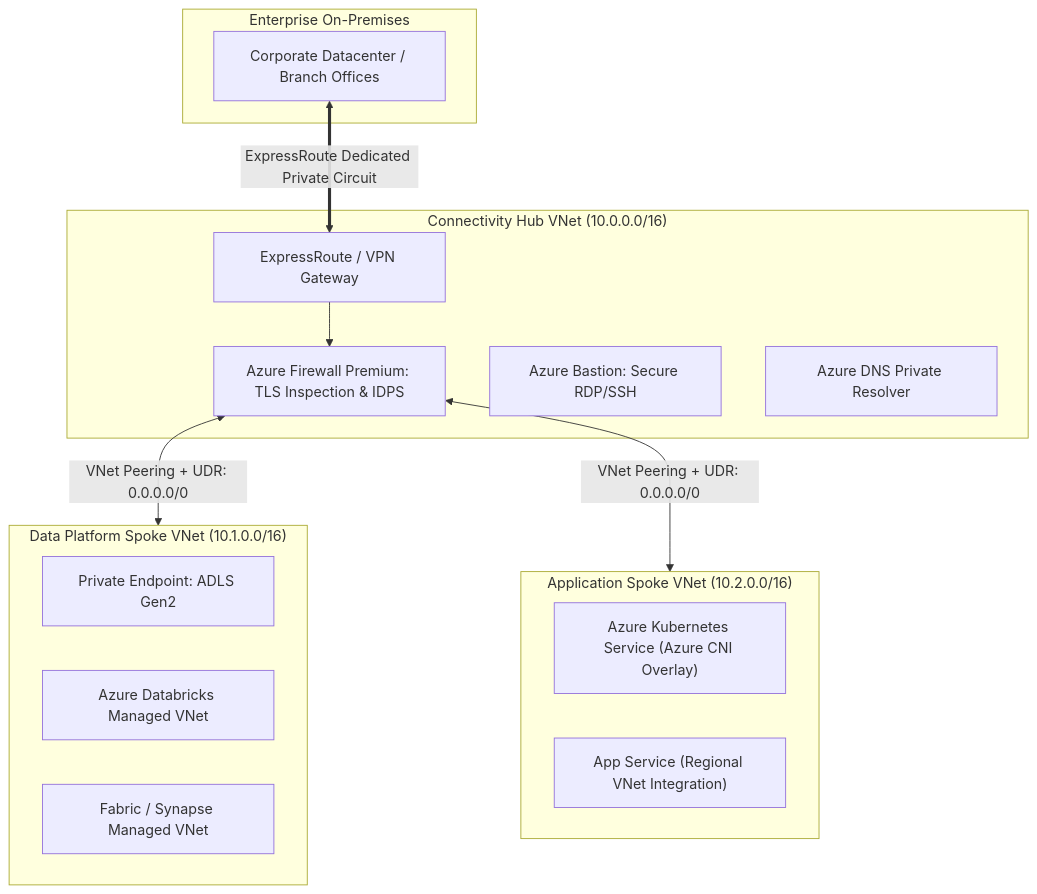
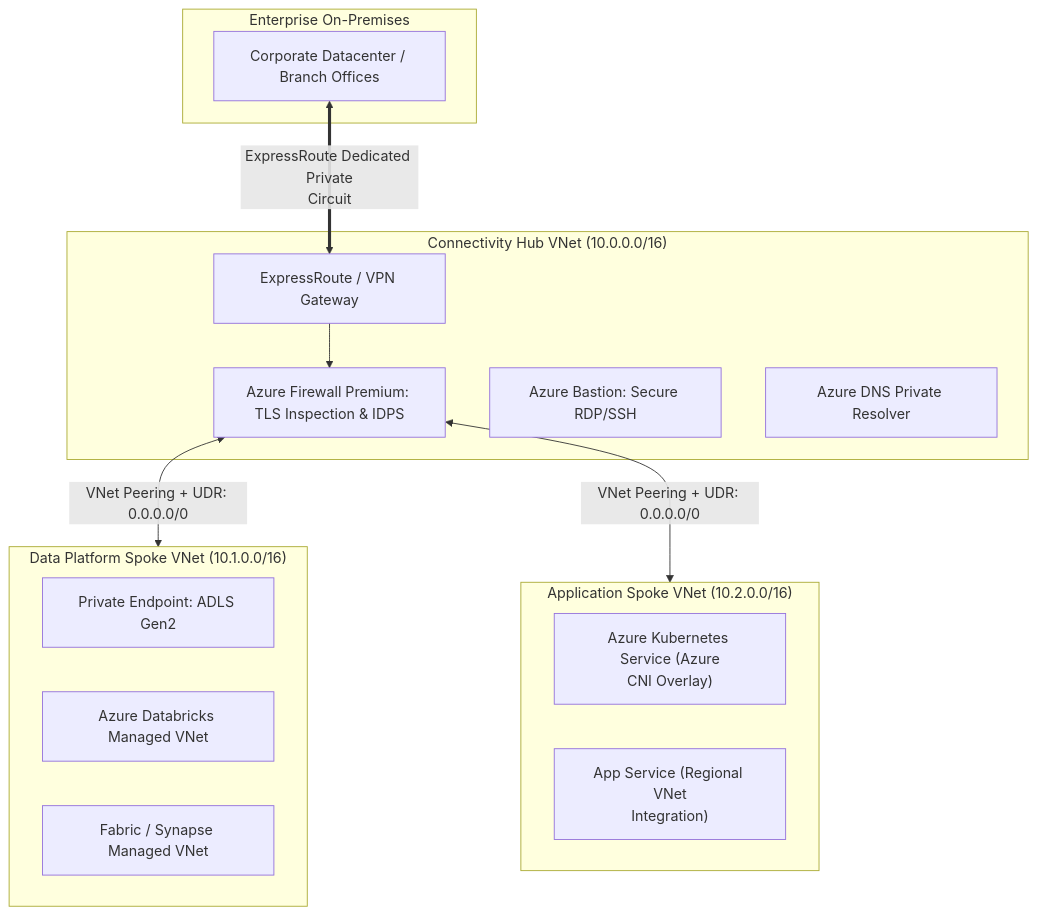
Before and after one commit to santoshjammi29/azure-cheat-sheet: the second of 2 diagrams in architectures/enterprise-landing-zone-hub-spoke.md, drawn with Mermaid. The commit also changed other lines of this file and 15 other files, not shown here.

Commit message:
fix(diagrams): word-wrap labels and escape comparison operators across all diagrams

````diff
--- a/architectures/enterprise-landing-zone-hub-spoke.md
+++ b/architectures/enterprise-landing-zone-hub-spoke.md
@@ -45,30 +45,30 @@
 ```mermaid
 flowchart TD
     subgraph OnPrem["Enterprise On-Premises"]
         Datacenter[Corporate Datacenter / Branch Offices]
     end
 
     subgraph Hub_VNet["Connectivity Hub VNet (10.0.0.0/16)"]
         Gateway[ExpressRoute / VPN Gateway]
         Firewall[Azure Firewall Premium: TLS Inspection & IDPS]
         Bastion[Azure Bastion: Secure RDP/SSH]
         DNSResolver[Azure DNS Private Resolver]
     end
 
-    Datacenter <==>|ExpressRoute Dedicated Private Circuit| Gateway
+    Datacenter <==>|"ExpressRoute Dedicated Private<br/>Circuit"| Gateway
     Gateway --> Firewall
 
     subgraph Spoke_Data["Data Platform Spoke VNet (10.1.0.0/16)"]
         ADLS_PE["Private Endpoint: ADLS Gen2"]
         Databricks["Azure Databricks Managed VNet"]
         Synapse["Fabric / Synapse Managed VNet"]
     end
 
     subgraph Spoke_Apps["Application Spoke VNet (10.2.0.0/16)"]
-        AKS["Azure Kubernetes Service (Azure CNI Overlay)"]
-        AppSvc["App Service (Regional VNet Integration)"]
+        AKS["Azure Kubernetes Service (Azure<br/>CNI Overlay)"]
+        AppSvc["App Service (Regional VNet<br/>Integration)"]
     end
 
-    Firewall <-->|VNet Peering + UDR: 0.0.0.0/0| Spoke_Data
-    Firewall <-->|VNet Peering + UDR: 0.0.0.0/0| Spoke_Apps
+    Firewall <-->|"VNet Peering + UDR: 0.0.0.0/0"| Spoke_Data
+    Firewall <-->|"VNet Peering + UDR: 0.0.0.0/0"| Spoke_Apps
 ```
````
